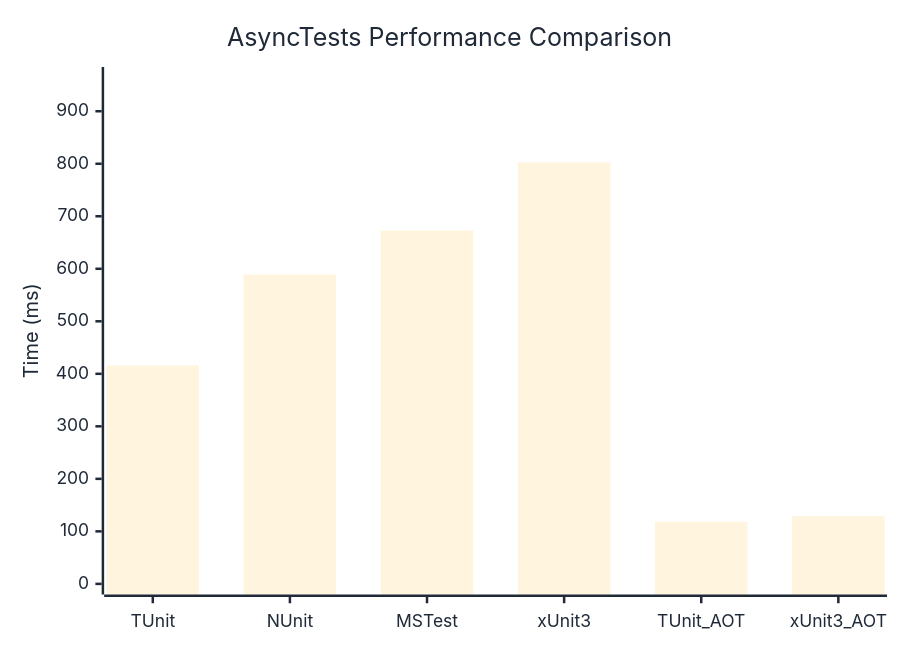
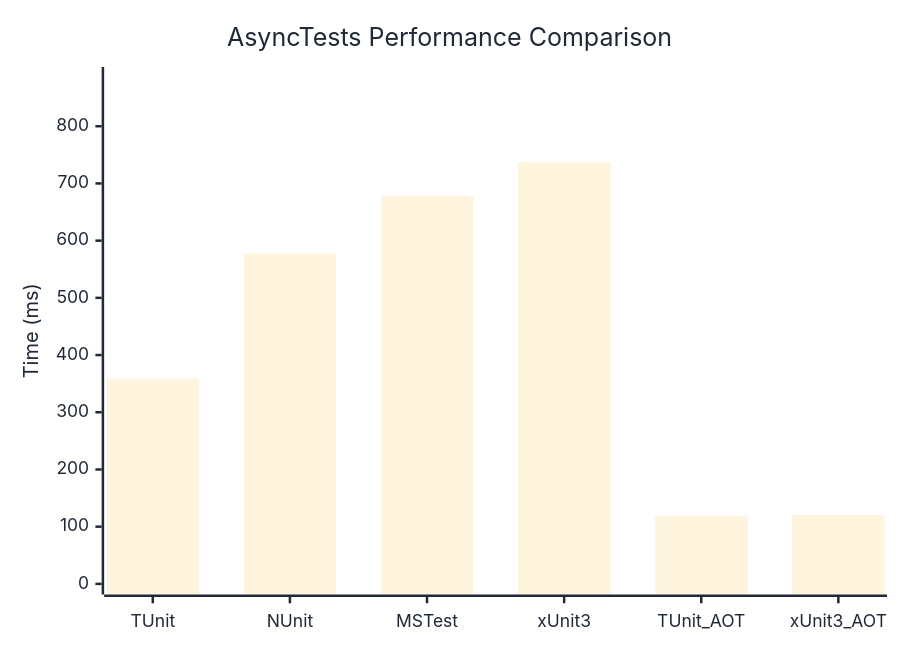
Before and after one commit to thomhurst/TUnit: the diagram in docs/docs/benchmarks/engine/AsyncTests.md, drawn with Mermaid. The commit also changed other lines of this file and 18 other files, not shown here.

````diff
--- a/docs/docs/benchmarks/engine/AsyncTests.md
+++ b/docs/docs/benchmarks/engine/AsyncTests.md
@@ -30,37 +30,37 @@
 ```mermaid
 %%{init: {
   'theme':'base',
   'themeVariables': {
     'primaryColor': '#2563eb',
     'primaryTextColor': '#1f2937',
     'primaryBorderColor': '#1e40af',
     'lineColor': '#6b7280',
     'secondaryColor': '#7c3aed',
     'tertiaryColor': '#dc2626',
     'background': '#ffffff',
     'mainBkg': '#2563eb',
     'secondBkg': '#7c3aed',
     'tertiaryBkg': '#dc2626',
     'clusterBkg': '#f3f4f6',
     'edgeLabelBackground': '#ffffff',
     'tertiaryTextColor': '#1f2937',
     'pie1': '#2563eb',
     'pie2': '#7c3aed',
     'pie3': '#dc2626',
     'pie4': '#f59e0b',
     'pie5': '#10b981',
     'pie6': '#06b6d4',
     'pie7': '#ec4899',
     'pie8': '#6366f1',
     'pie9': '#84cc16',
     'pie10': '#f97316',
     'pie11': '#14b8a6',
     'pie12': '#a855f7'
   }
 }}%%
 xychart-beta
   title "AsyncTests Performance Comparison"
   x-axis ["TUnit", "NUnit", "MSTest", "xUnit3", "TUnit_AOT", "xUnit3_AOT"]
-  y-axis "Time (ms)" 0 --> 964
-  bar [415.9, 588.7, 672.9, 802.7, 118.3, 128.7]
+  y-axis "Time (ms)" 0 --> 885
+  bar [358.9, 577.1, 678, 737, 118.5, 120.1]
 ```
````
